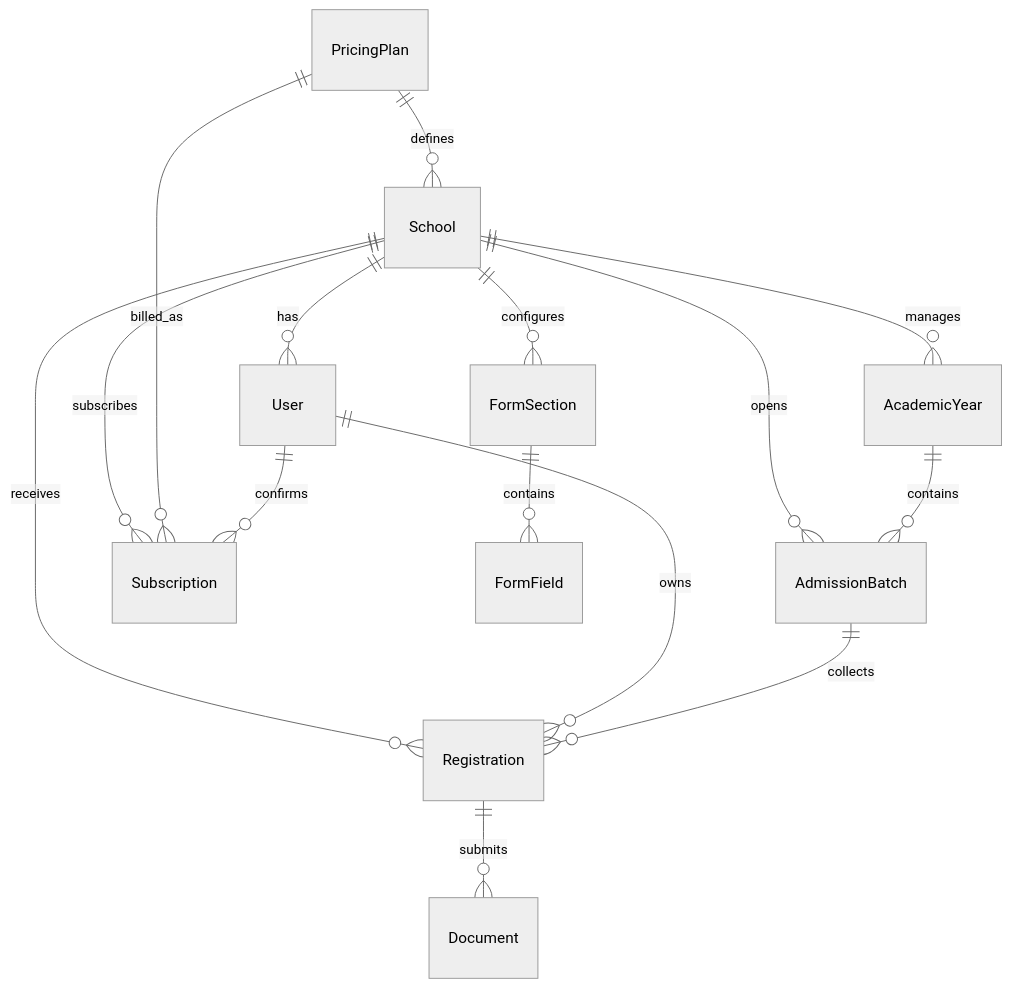
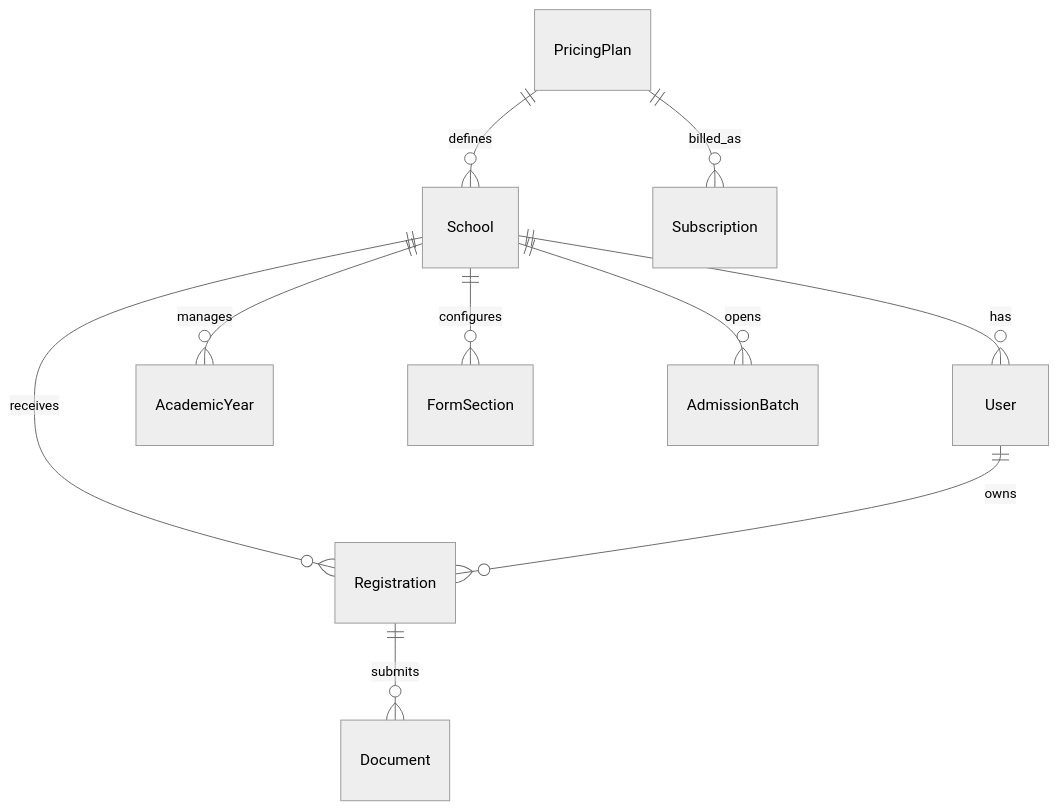
One commit to OzanProject/smartppdb changed the diagram in README.md. Above: the diagram before and after it, drawn with Mermaid (neutral theme). The commit also changed other lines of this file, not shown here.

````diff
--- a/README.md
+++ b/README.md
@@ -64,22 +67,12 @@
 ```mermaid
 erDiagram
     PricingPlan ||--o{ School : "defines"
     School ||--o{ User : "has"
     School ||--o{ AcademicYear : "manages"
     School ||--o{ FormSection : "configures"
     School ||--o{ AdmissionBatch : "opens"
     School ||--o{ Registration : "receives"
-    School ||--o{ Subscription : "subscribes"
-    
     PricingPlan ||--o{ Subscription : "billed_as"
-    
     User ||--o{ Registration : "owns"
-    User ||--o{ Subscription : "confirms"
-    
-    FormSection ||--o{ FormField : "contains"
-    
-    AdmissionBatch ||--o{ Registration : "collects"
-    AcademicYear ||--o{ AdmissionBatch : "contains"
-    
     Registration ||--o{ Document : "submits"
 ```
````
